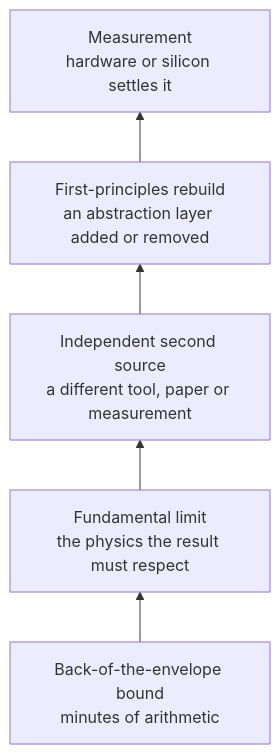
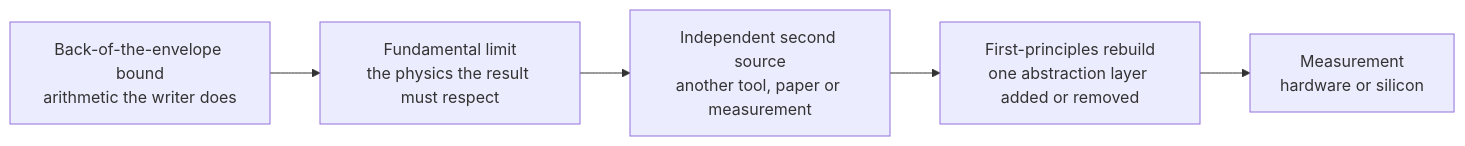
The second of 4 diagrams in GUIDELINES.md (mithro/open-silicon-hitlist), drawn with Mermaid before and after one commit. The commit also changed other lines of this file and 2 other files, not shown here.

````diff
--- a/GUIDELINES.md
+++ b/GUIDELINES.md
@@ -433,7 +433,7 @@
 ```mermaid
-flowchart BT
-  R1["Back-of-the-envelope bound<br/>minutes of arithmetic"] --> R2["Fundamental limit<br/>the physics the result must respect"]
-  R2 --> R3["Independent second source<br/>a different tool, paper or measurement"]
-  R3 --> R4["First-principles rebuild<br/>an abstraction layer added or removed"]
-  R4 --> R5["Measurement<br/>hardware or silicon settles it"]
+flowchart LR
+  R1["Back-of-the-envelope bound<br/>arithmetic the writer does"] --> R2["Fundamental limit<br/>the physics the result must respect"]
+  R2 --> R3["Independent second source<br/>another tool, paper or measurement"]
+  R3 --> R4["First-principles rebuild<br/>one abstraction layer added or removed"]
+  R4 --> R5["Measurement<br/>hardware or silicon"]
 ```
````
